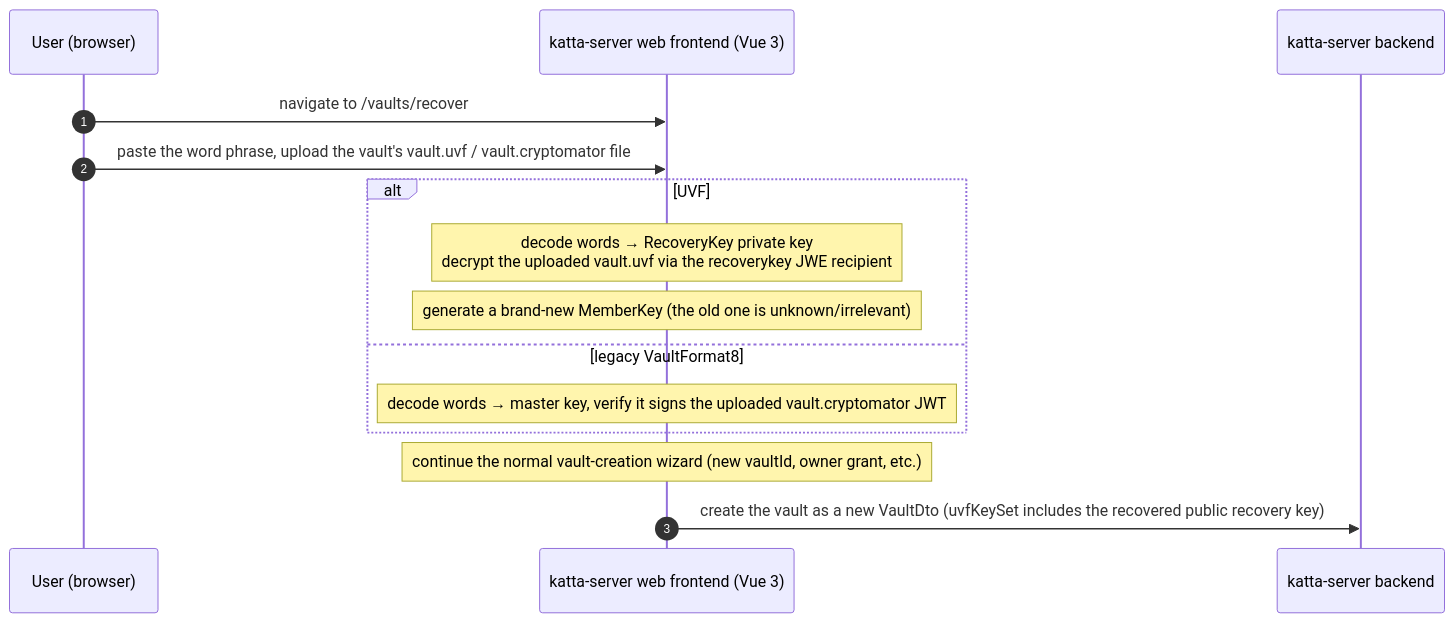
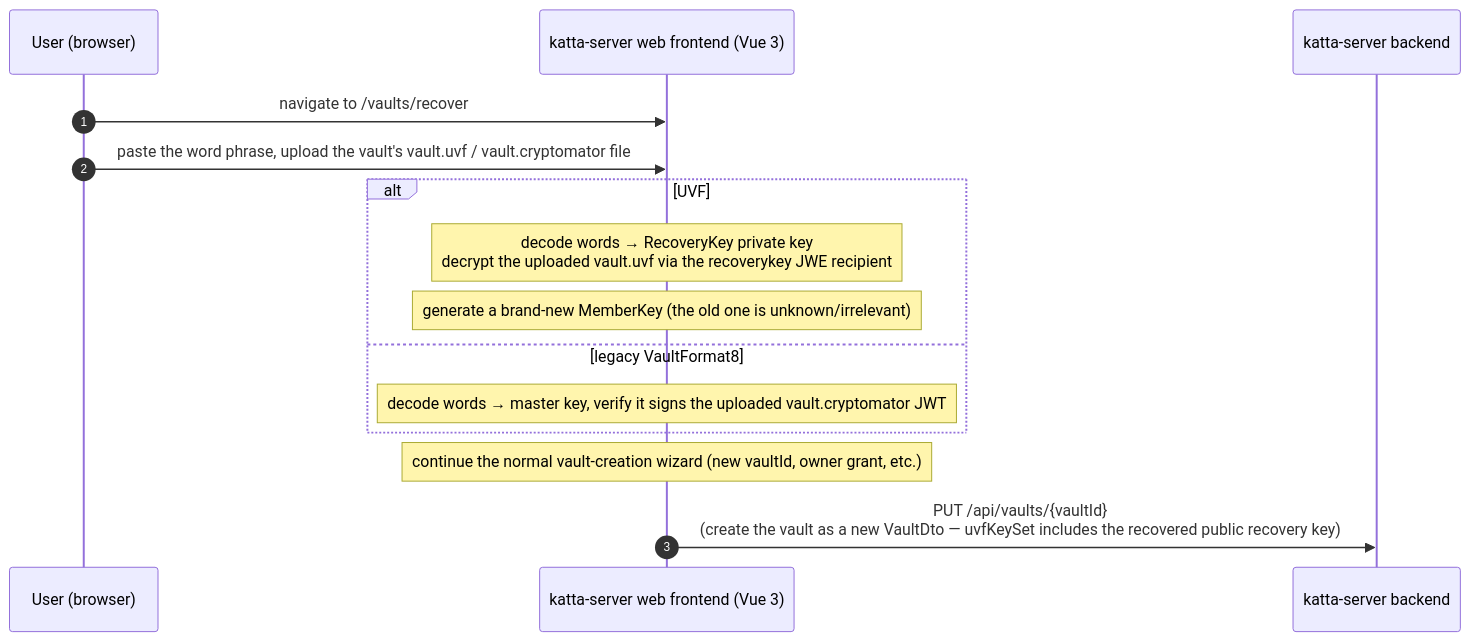
The fourth of 4 diagrams in docs/recovery_key_interactions.md (shift7-ch/katta-clientlib), drawn with Mermaid before and after one commit. The commit also changed other lines of this file and 3 other files, not shown here.

First line of the commit message:
Normalize all backend endpoint paths to the /api prefix

````diff
--- a/docs/recovery_key_interactions.md
+++ b/docs/recovery_key_interactions.md
@@ -117,17 +117,17 @@
 ```mermaid
 sequenceDiagram
     autonumber
     participant User as User (browser)
     participant Web as katta-server web frontend (Vue 3)
     participant HubBackend as katta-server backend
     User ->> Web: navigate to /vaults/recover
     User ->> Web: paste the word phrase, upload the vault's vault.uvf / vault.cryptomator file
     alt UVF
         Note over Web: decode words → RecoveryKey private key<br/>decrypt the uploaded vault.uvf via the recoverykey JWE recipient
         Note over Web: generate a brand-new MemberKey (the old one is unknown/irrelevant)
     else legacy VaultFormat8
         Note over Web: decode words → master key, verify it signs the uploaded vault.cryptomator JWT
     end
     Note over Web: continue the normal vault-creation wizard (new vaultId, owner grant, etc.)
-    Web ->> HubBackend: create the vault as a new VaultDto (uvfKeySet includes the recovered public recovery key)
+    Web ->> HubBackend: PUT /api/vaults/{vaultId}<br/>(create the vault as a new VaultDto — uvfKeySet includes the recovered public recovery key)
 ```
````
